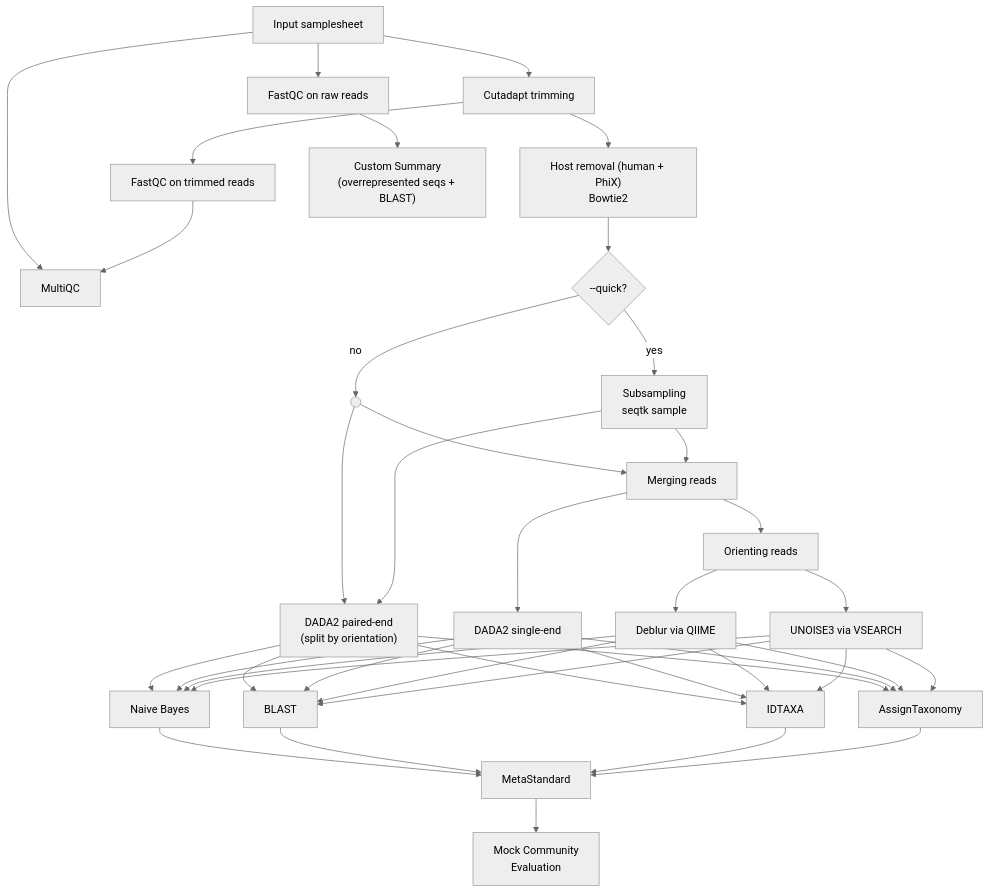
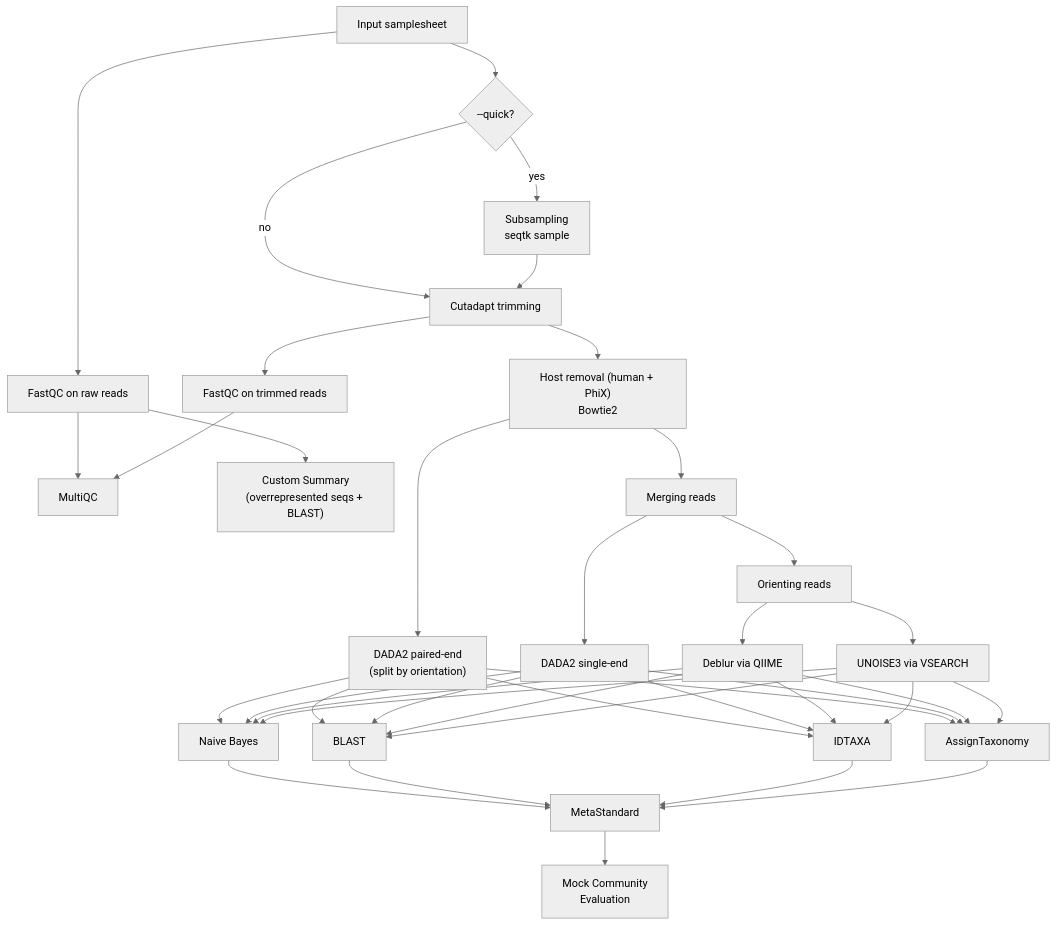
One commit to xpolak37/16S-rRNA-amplicon-workflow changed the diagram in README.md. Above: the diagram before and after it, drawn with Mermaid (neutral theme). The commit also changed 2 other files, not shown here.

Commit message:
feature: rop samples with low depths

````diff
--- a/README.md
+++ b/README.md
@@ -20,27 +20,26 @@
 ```mermaid
 flowchart TB
     A["Input samplesheet"] --> B["FastQC on raw reads"]
-    A --> C["Cutadapt trimming"] & Z["MultiQC"]
+    B --> Z
+    A --> QK{"--quick?"}
+    QK -- yes --> SS["Subsampling\nseqtk sample"]
+    QK -- no --> C["Cutadapt trimming"] 
     C --> D["FastQC on trimmed reads"] & E["Host removal (human + PhiX)\nBowtie2"]
     B --> CS["Custom Summary\n(overrepresented seqs + BLAST)"]
-    D --> Z
-    E --> QK{"--quick?"}
-    QK -- yes --> SS["Subsampling\nseqtk sample"]
-    QK -- no --> XX((" "))
-    XX --> F["Merging reads"] & H["DADA2 paired-end\n(split by orientation)"]
-    SS --> H
-    SS --> F
+    D --> Z["MultiQC"]
+    E --> F["Merging reads"] & H["DADA2 paired-end\n(split by orientation)"]
+    SS --> C["Cutadapt trimming"] 
     F --> G["Orienting reads"]
     F --> I["DADA2 single-end"]
     G --> J["Deblur via QIIME"]
     G --> K["UNOISE3 via VSEARCH"]
     H --> M["Naive Bayes"] & P["BLAST"] & S["IDTAXA"] & V["AssignTaxonomy"]
     I --> M & P & S & V
     J --> M & P & S & V
     K --> M & P & S & V
     M --> Y["MetaStandard"]
     P --> Y
     S --> Y
     V --> Y
     Y --> ME["Mock Community\nEvaluation"]
 ```
````
